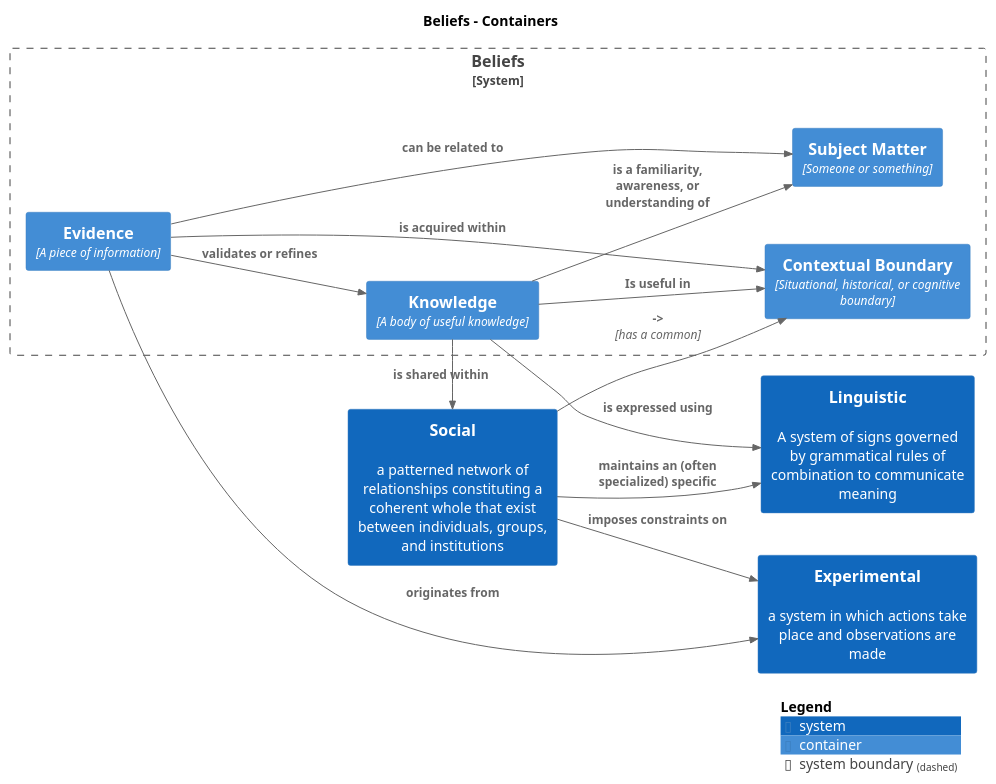
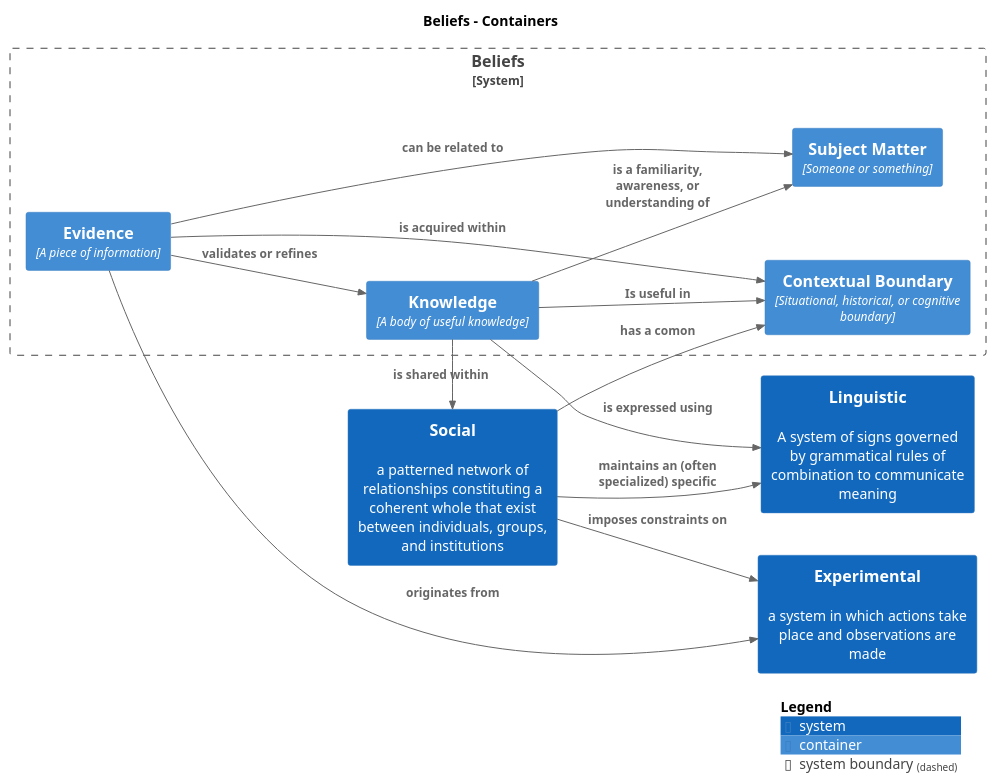
One commit to sddevelopment-be/penguin-pragmatic-patterns changed the diagram in src/0_Pattern_Language/_diagrams/structurizr-BeliefDomain.puml. Above: the diagram before and after it, drawn with PlantUML. The commit also changed 12 other files, not shown here.

Commit message:
PL: add diagrams and update text

```diff
--- a/src/0_Pattern_Language/_diagrams/structurizr-BeliefDomain.puml
+++ b/src/0_Pattern_Language/_diagrams/structurizr-BeliefDomain.puml
@@ -1,34 +1,34 @@
 @startuml
 title Beliefs - Containers
 
 left to right direction
 
 !include https://raw.githubusercontent.com/plantuml-stdlib/C4-PlantUML/master/C4.puml
 !include https://raw.githubusercontent.com/plantuml-stdlib/C4-PlantUML/master/C4_Context.puml
 !include https://raw.githubusercontent.com/plantuml-stdlib/C4-PlantUML/master/C4_Container.puml
 
 System(Linguistic, "Linguistic", "A system of signs governed by grammatical rules of combination to communicate meaning", $tags="Element+Software System+communication")
 System(Social, "Social", "a patterned network of relationships constituting a coherent whole that exist between individuals, groups, and institutions", $tags="Element+Software System+people")
 System(Experimental, "Experimental", "a system in which actions take place and observations are made", $tags="Element+Software System+science")
 
 System_Boundary("Beliefs_boundary", "Beliefs") {
   Container(Beliefs.Knowledge, "Knowledge", "A body of useful knowledge", $tags="Element+Container")
   Container(Beliefs.SubjectMatter, "Subject Matter", "Someone or something", $tags="Element+Container")
   Container(Beliefs.ContextualBoundary, "Contextual Boundary", "Situational, historical, or cognitive boundary", $tags="Element+Container")
   Container(Beliefs.Evidence, "Evidence", "A piece of information", $tags="Element+Container")
 }
 
 Rel_D(Beliefs.Knowledge, Linguistic, "is expressed using", $tags="Relationship")
-Rel_D(Social, Beliefs.ContextualBoundary, "->", "has a common", $tags="Relationship")
+Rel_D(Social, Beliefs.ContextualBoundary, "has a comon", $tags="Relationship")
 Rel_D(Beliefs.Knowledge, Social, "is shared within", $tags="Relationship")
 Rel_D(Beliefs.Knowledge, Beliefs.ContextualBoundary, "Is useful in", $tags="Relationship")
 Rel_D(Beliefs.Knowledge, Beliefs.SubjectMatter, "is a familiarity, awareness, or understanding of", $tags="Relationship")
 Rel_D(Beliefs.Evidence, Beliefs.Knowledge, "validates or refines", $tags="Relationship")
 Rel_D(Beliefs.Evidence, Beliefs.SubjectMatter, "can be related to", $tags="Relationship")
 Rel_D(Beliefs.Evidence, Beliefs.ContextualBoundary, "is acquired within", $tags="Relationship")
 Rel_D(Social, Linguistic, "maintains an (often specialized) specific", $tags="Relationship")
 Rel_D(Social, Experimental, "imposes constraints on", $tags="Relationship")
 Rel_D(Beliefs.Evidence, Experimental, "originates from", $tags="Relationship")
 
 SHOW_LEGEND()
 @enduml
```
